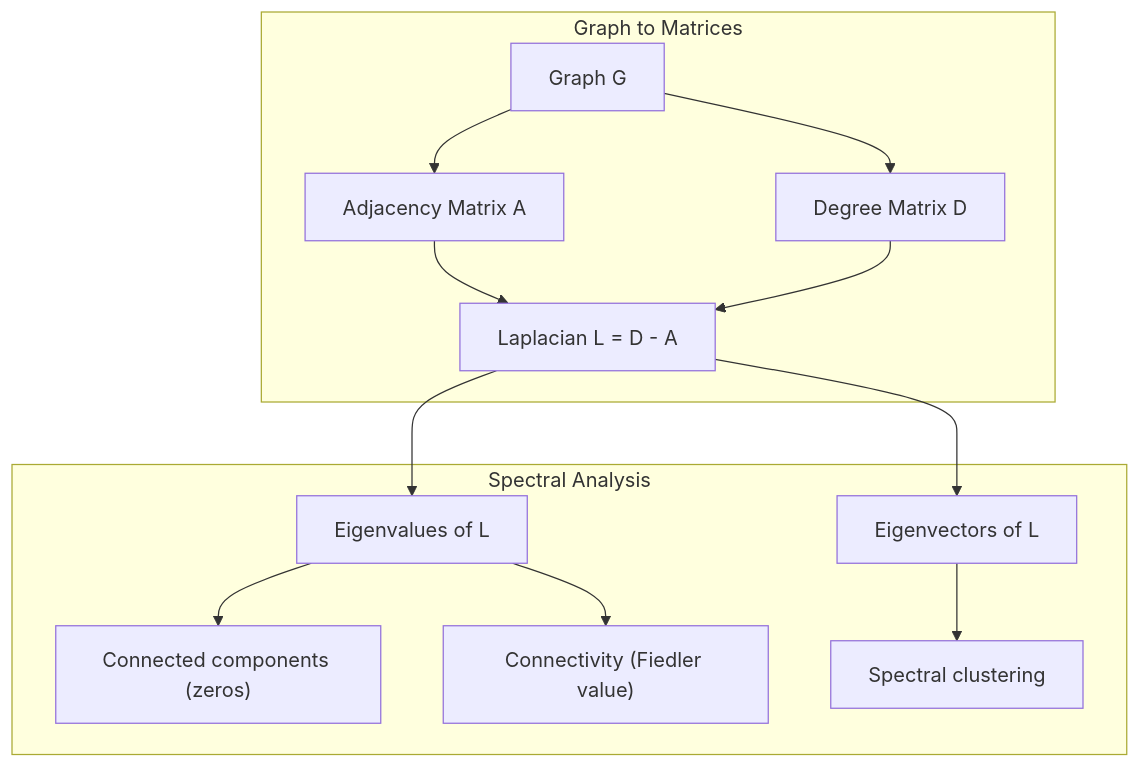
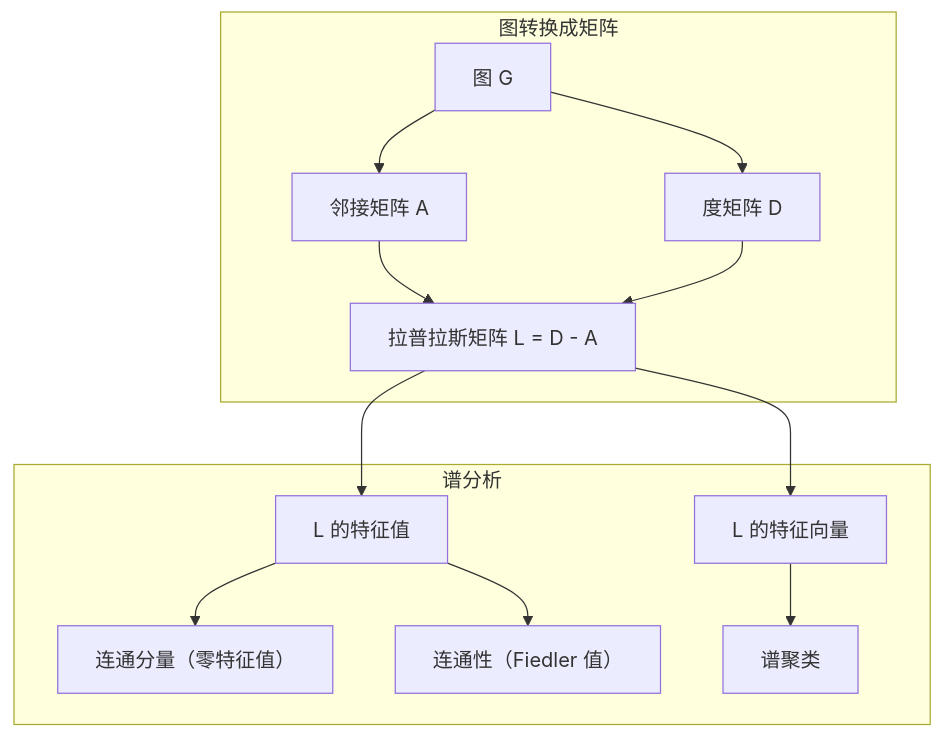
Before and after one commit to JerryC8080/ai-engineering-from-scratch-zh: the first of 2 diagrams in phases/01-math-foundations/21-graph-theory/docs/zh.md, drawn with Mermaid. The commit also changed other lines of this file and 156 other files, not shown here.

First line of the commit message:
i18n(zh): translate mermaid diagram labels in 157 lesson zh.md

````diff
--- a/phases/01-math-foundations/21-graph-theory/docs/zh.md
+++ b/phases/01-math-foundations/21-graph-theory/docs/zh.md
@@ -157,16 +157,16 @@
 ```mermaid
 graph TD
-    subgraph "Graph to Matrices"
-        G["Graph G"] --> A["Adjacency Matrix A"]
-        G --> D["Degree Matrix D"]
-        A --> L["Laplacian L = D - A"]
+    subgraph "图转换成矩阵"
+        G["图 G"] --> A["邻接矩阵 A"]
+        G --> D["度矩阵 D"]
+        A --> L["拉普拉斯矩阵 L = D - A"]
         D --> L
     end
-    subgraph "Spectral Analysis"
-        L --> E["Eigenvalues of L"]
-        L --> V["Eigenvectors of L"]
-        E --> C["Connected components (zeros)"]
-        E --> F["Connectivity (Fiedler value)"]
-        V --> S["Spectral clustering"]
+    subgraph "谱分析"
+        L --> E["L 的特征值"]
+        L --> V["L 的特征向量"]
+        E --> C["连通分量（零特征值）"]
+        E --> F["连通性（Fiedler 值）"]
+        V --> S["谱聚类"]
     end
 ```
````
